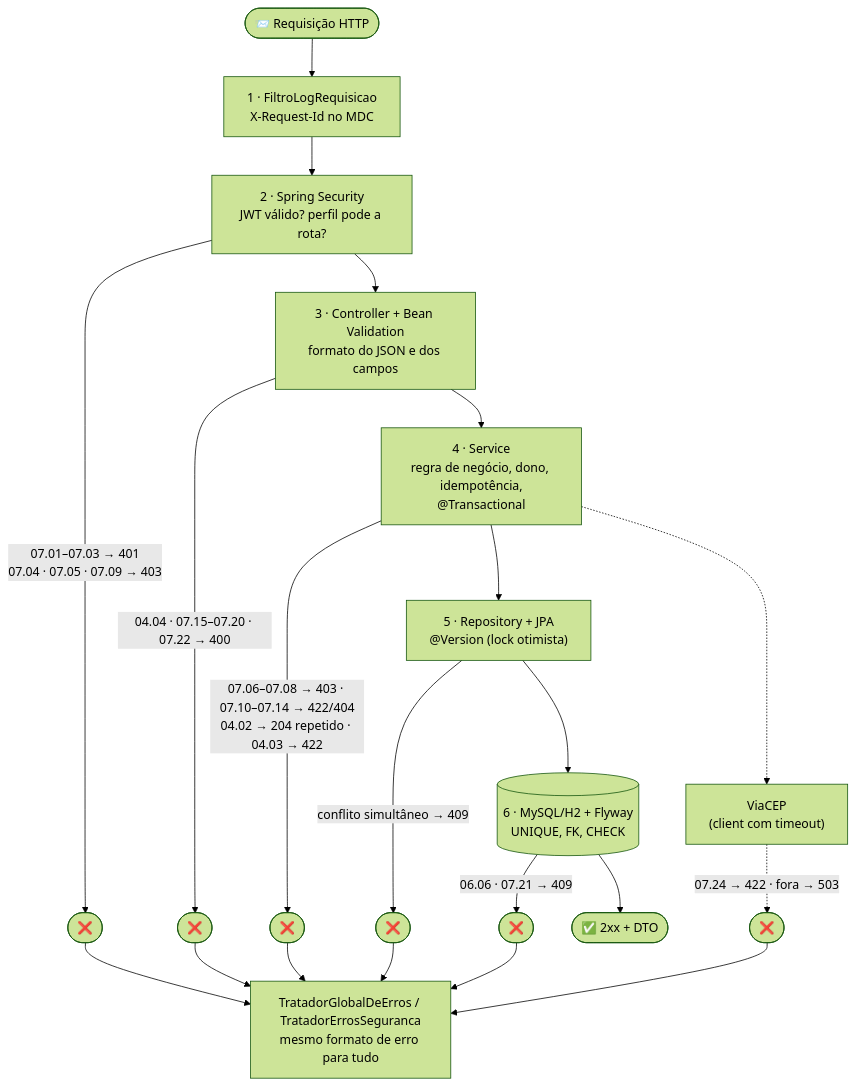
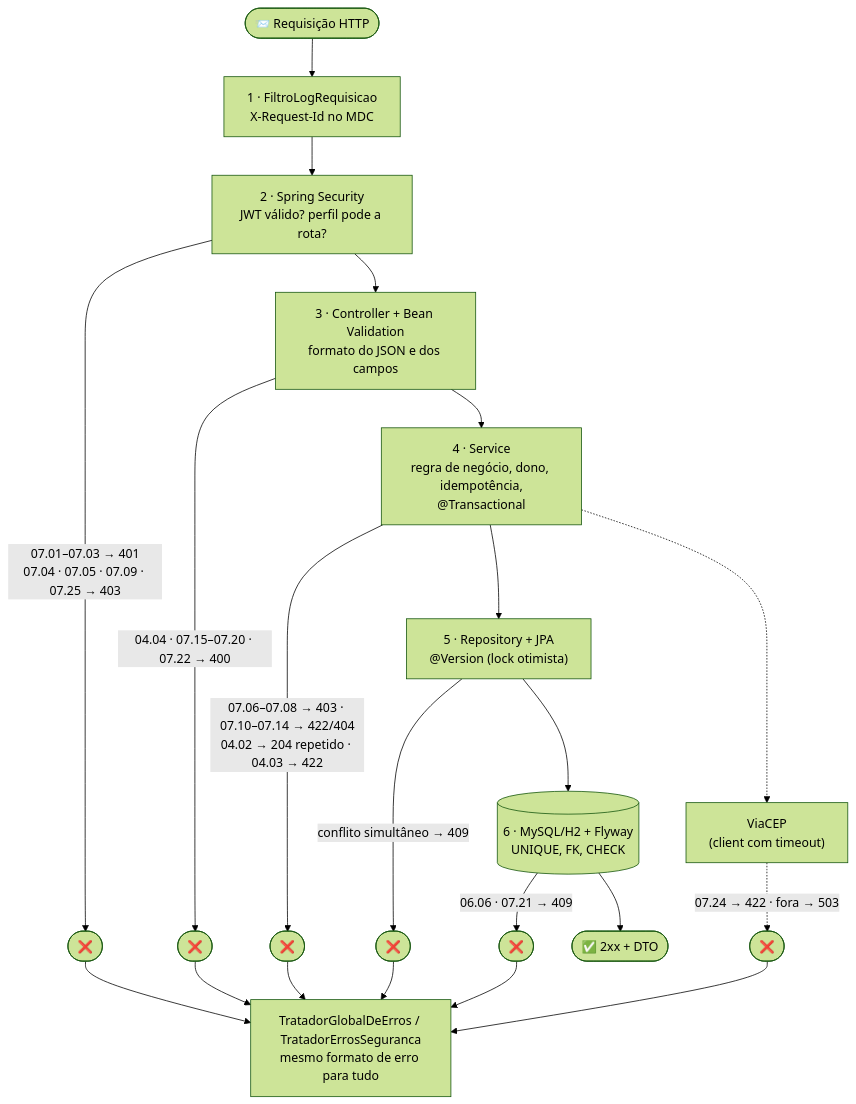
One commit to k3vinrich4rd/rkf_bank changed the second of 2 diagrams in backend/README_TESTES_E2E.md. Above: the diagram before and after it, drawn with Mermaid (forest theme). The commit also changed other lines of this file and 6 other files, not shown here.

````diff
--- a/backend/README_TESTES_E2E.md
+++ b/backend/README_TESTES_E2E.md
@@ -3518,17 +3563,17 @@
 ```mermaid
 flowchart TB
     REQ(["📨 Requisição HTTP"]) --> F1
     F1["1 · FiltroLogRequisicao<br/>X-Request-Id no MDC"] --> F2
-    F2["2 · Spring Security<br/>JWT válido? perfil pode a rota?"] -->|"07.01–07.03 → 401<br/>07.04 · 07.05 · 07.09 → 403"| X1(["❌"])
+    F2["2 · Spring Security<br/>JWT válido? perfil pode a rota?"] -->|"07.01–07.03 → 401<br/>07.04 · 07.05 · 07.09 · 07.25 → 403"| X1(["❌"])
     F2 --> F3
     F3["3 · Controller + Bean Validation<br/>formato do JSON e dos campos"] -->|"04.04 · 07.15–07.20 · 07.22 → 400"| X2(["❌"])
     F3 --> F4
     F4["4 · Service<br/>regra de negócio, dono, idempotência,<br/>@Transactional"] -->|"07.06–07.08 → 403 · 07.10–07.14 → 422/404<br/>04.02 → 204 repetido · 04.03 → 422"| X3(["❌"])
     F4 --> F5
     F5["5 · Repository + JPA<br/>@Version (lock otimista)"] -->|"conflito simultâneo → 409"| X4(["❌"])
     F5 --> F6
     F6[("6 · MySQL/H2 + Flyway<br/>UNIQUE, FK, CHECK")] -->|"06.06 · 07.21 → 409"| X5(["❌"])
     F4 -.-> V["ViaCEP<br/>(client com timeout)"] -.->|"07.24 → 422 · fora → 503"| X6(["❌"])
     X1 & X2 & X3 & X4 & X5 & X6 --> EH["TratadorGlobalDeErros / TratadorErrosSeguranca<br/>mesmo formato de erro para tudo"]
     F6 --> OK(["✅ 2xx + DTO"])
 ```
````
